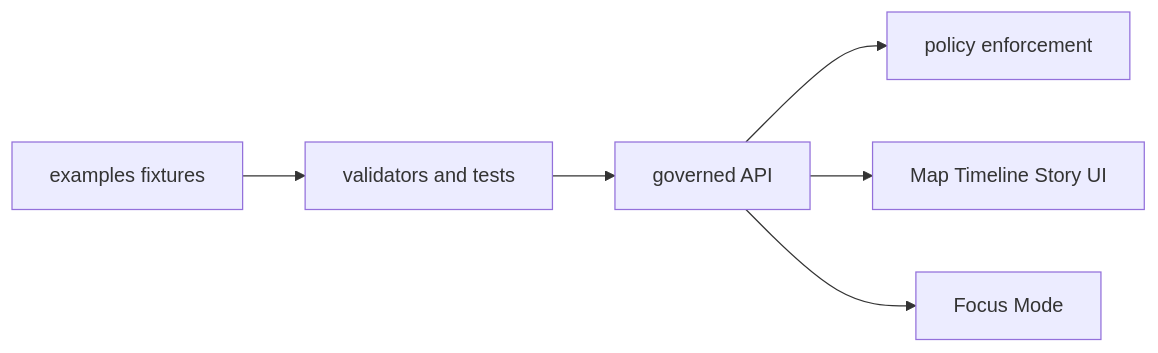
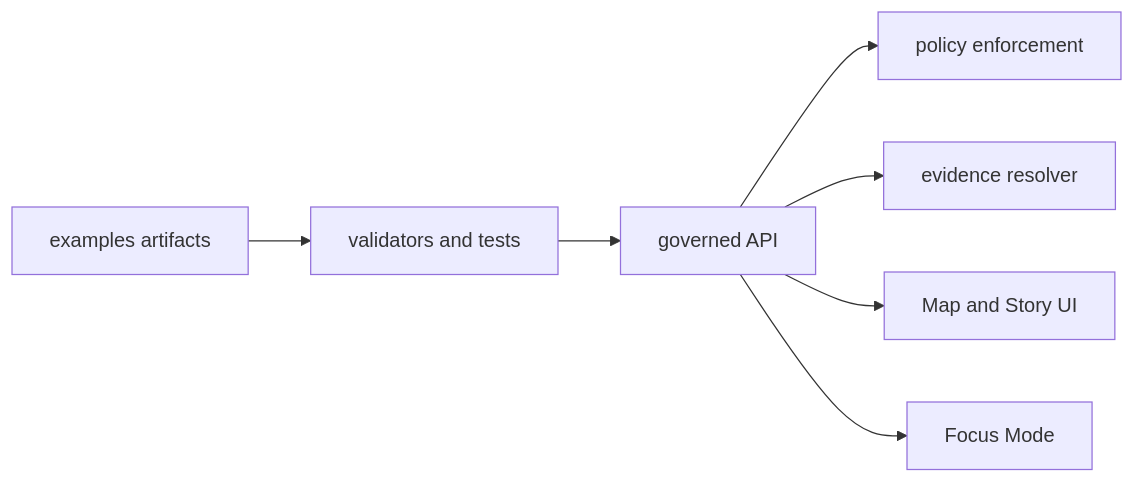
One commit to bartytime4life/Kansas-Frontier-Matrix changed the diagram in examples/README.md. Above: the diagram before and after it, drawn with Mermaid. The commit also changed other lines of this file, not shown here.

First line of the commit message:
Revise README for examples directory with version update

````diff
--- a/examples/README.md
+++ b/examples/README.md
@@ -170,8 +224,9 @@
 ```mermaid
 flowchart LR
-  X[examples fixtures] --> V[validators and tests]
-  V --> A[governed API]
-  A --> P[policy enforcement]
-  A --> U[Map Timeline Story UI]
-  A --> F[Focus Mode]
+  E[examples artifacts] --> T[validators and tests]
+  T --> G[governed API]
+  G --> P[policy enforcement]
+  G --> R[evidence resolver]
+  G --> U[Map and Story UI]
+  G --> F[Focus Mode]
 ```
````
